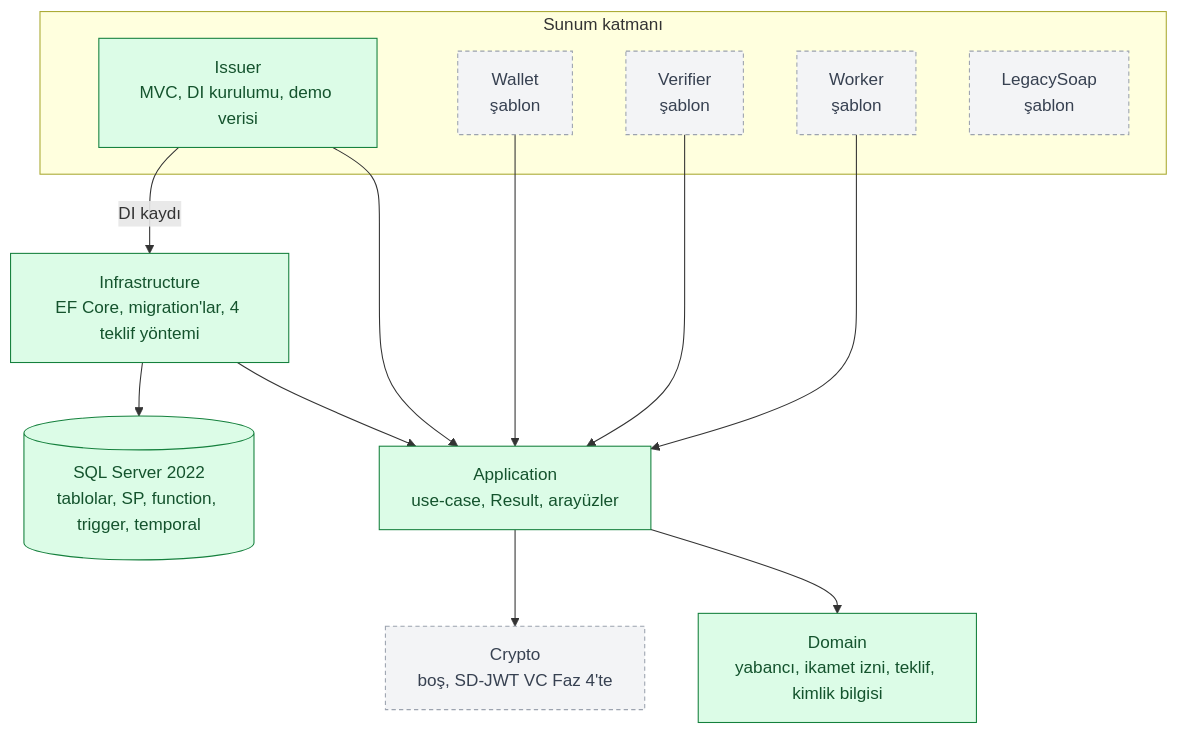
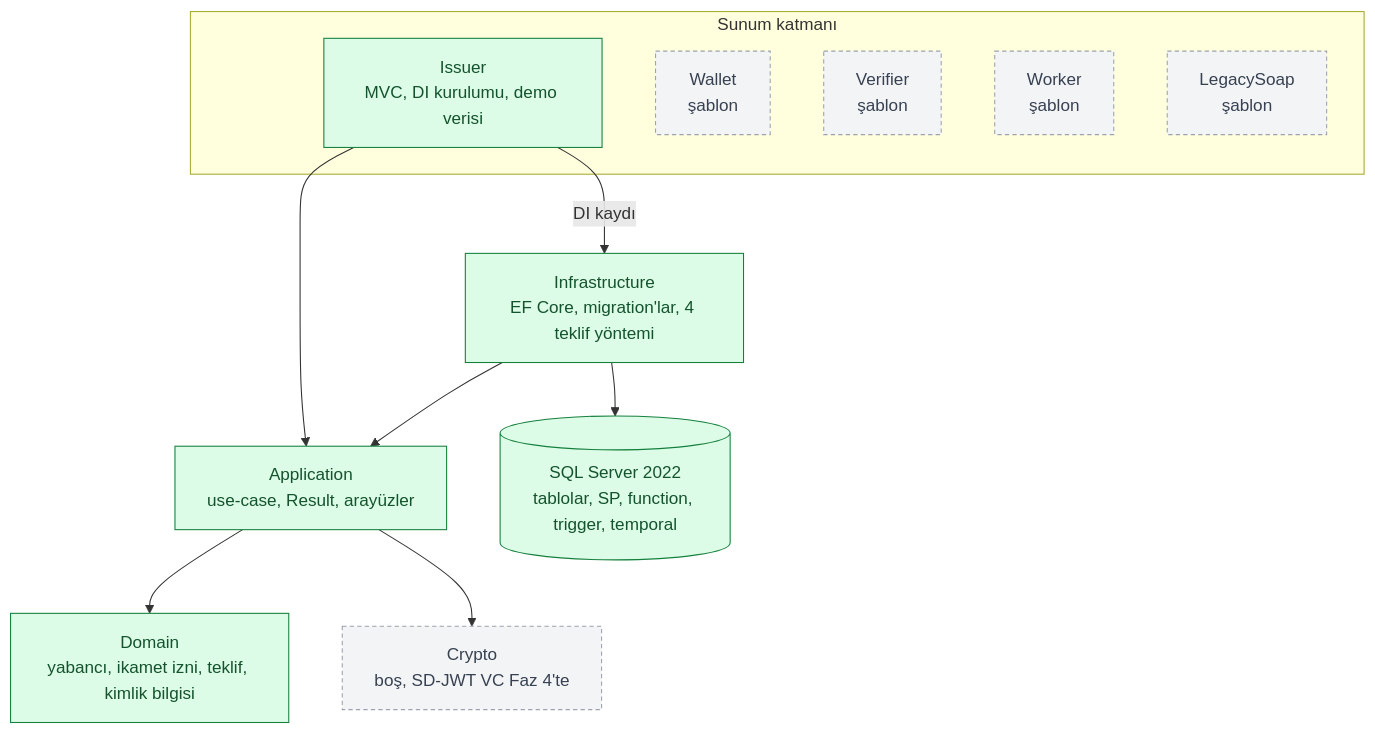
The second of 3 diagrams in docs/proje-turu.md (sefatuncer/dijital-kimlik-oid4vc), drawn with Mermaid before and after one commit. The commit also changed other lines of this file, not shown here.

````diff
--- a/docs/proje-turu.md
+++ b/docs/proje-turu.md
@@ -51,26 +51,25 @@
 ```mermaid
 flowchart TB
     subgraph sunum["Sunum katmanı"]
         issuer["Issuer<br/>MVC, DI kurulumu, demo verisi"]
         wallet["Wallet<br/>şablon"]
         verifier["Verifier<br/>şablon"]
         worker["Worker<br/>şablon"]
         soap["LegacySoap<br/>şablon"]
     end
     app["Application<br/>use-case, Result, arayüzler"]
     infra["Infrastructure<br/>EF Core, migration'lar, 4 teklif yöntemi"]
     domain["Domain<br/>yabancı, ikamet izni, teklif, kimlik bilgisi"]
     crypto["Crypto<br/>boş, SD-JWT VC Faz 4'te"]
     db[("SQL Server 2022<br/>tablolar, SP, function, trigger, temporal")]
     issuer --> app
     issuer -- "DI kaydı" --> infra
-    wallet & verifier & worker --> app
     infra --> app
     app --> domain
     app --> crypto
     infra --> db
     classDef var fill:#dcfce7,stroke:#15803d,color:#14532d
     classDef bos fill:#f3f4f6,stroke:#9ca3af,color:#374151,stroke-dasharray: 4 3
     class issuer,app,infra,domain,db var
     class wallet,verifier,worker,soap,crypto bos
 ```
````
